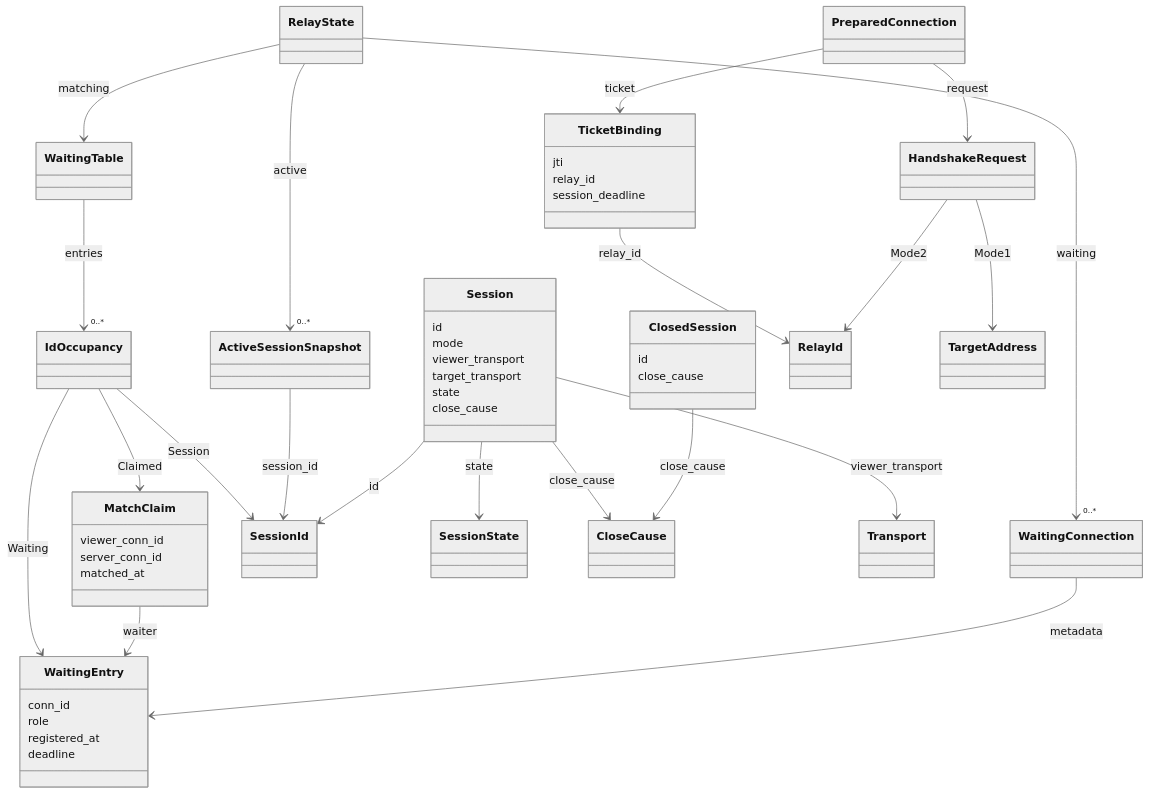
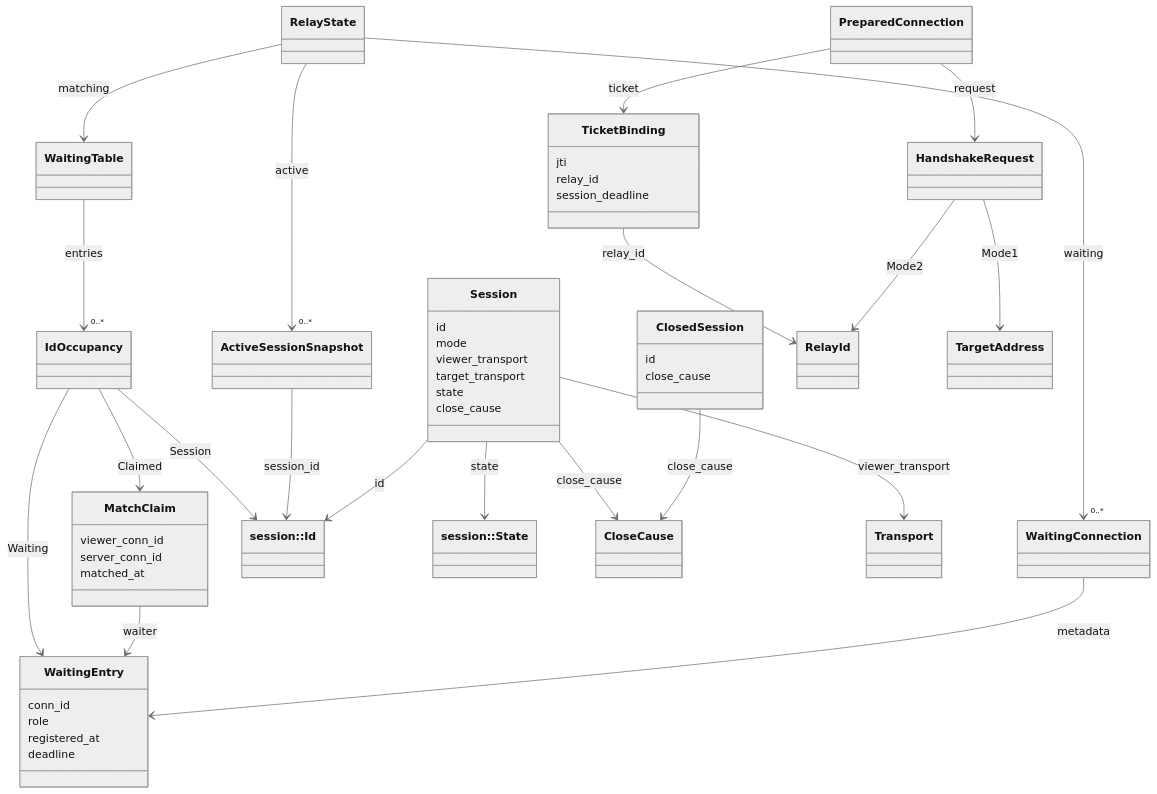
One commit to kayden-kim/vnc-relay changed the first of 6 diagrams in docs/architectures/domain-model.md. Above: the diagram before and after it, drawn with Mermaid (neutral theme). The commit also changed other lines of this file and 203 other files, not shown here.

````diff
--- a/docs/architectures/domain-model.md
+++ b/docs/architectures/domain-model.md
@@ -29,58 +29,58 @@
 ```mermaid
 classDiagram
     class RelayState
     class WaitingTable
     class IdOccupancy
     class WaitingEntry {
         conn_id
         role
         registered_at
         deadline
     }
     class MatchClaim {
         viewer_conn_id
         server_conn_id
         matched_at
     }
     class WaitingConnection
     class ActiveSessionSnapshot
     class Session {
         id
         mode
         viewer_transport
         target_transport
         state
         close_cause
     }
     class ClosedSession {
         id
         close_cause
     }
     class PreparedConnection
     class HandshakeRequest
     class TicketBinding {
         jti
         relay_id
         session_deadline
     }
     RelayState --> WaitingTable : matching
     RelayState --> "0..*" WaitingConnection : waiting
     RelayState --> "0..*" ActiveSessionSnapshot : active
     WaitingTable --> "0..*" IdOccupancy : entries
     IdOccupancy --> WaitingEntry : Waiting
     IdOccupancy --> MatchClaim : Claimed
-    IdOccupancy --> SessionId : Session
+    IdOccupancy --> `session::Id` : Session
     MatchClaim --> WaitingEntry : waiter
     WaitingConnection --> WaitingEntry : metadata
-    ActiveSessionSnapshot --> SessionId : session_id
-    Session --> SessionId : id
-    Session --> SessionState : state
+    ActiveSessionSnapshot --> `session::Id` : session_id
+    Session --> `session::Id` : id
+    Session --> `session::State` : state
     Session --> CloseCause : close_cause
     Session --> Transport : viewer_transport
     ClosedSession --> CloseCause : close_cause
     PreparedConnection --> HandshakeRequest : request
     PreparedConnection --> TicketBinding : ticket
     TicketBinding --> RelayId : relay_id
     HandshakeRequest --> RelayId : Mode2
     HandshakeRequest --> TargetAddress : Mode1
 ```
````
